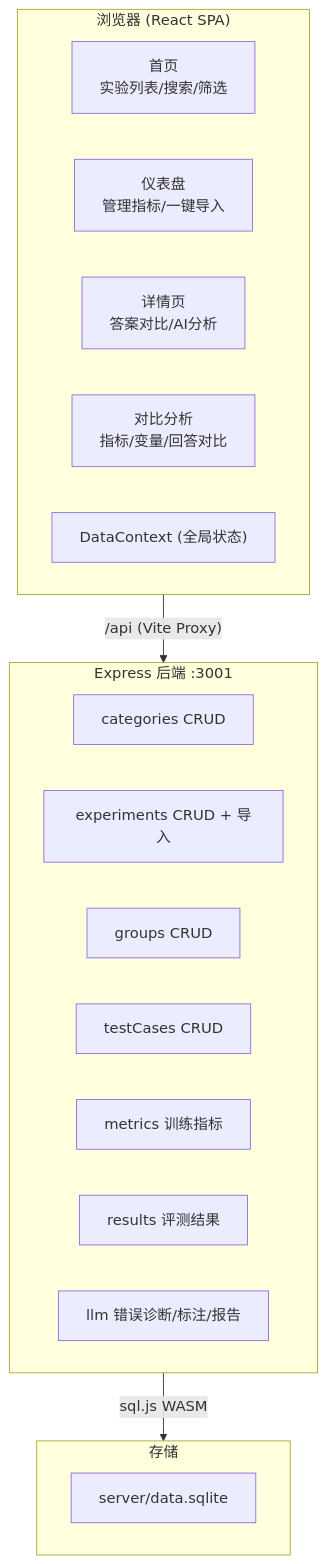
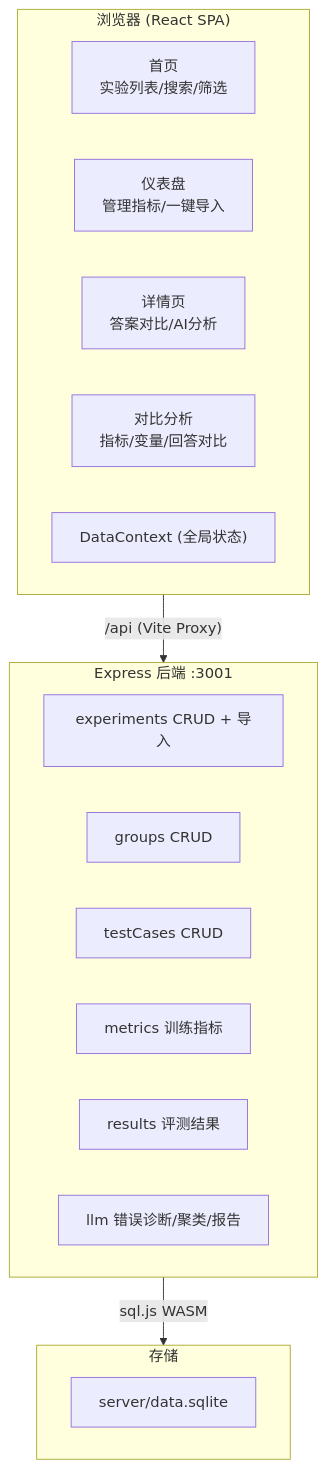
The first of 4 diagrams in DEVELOPMENT.md (Haoguozhichi/corpus_dashboard), drawn with Mermaid before and after one commit. The commit also changed other lines of this file and 23 other files, not shown here.

````diff
--- a/DEVELOPMENT.md
+++ b/DEVELOPMENT.md
@@ -41,27 +41,26 @@
 ```mermaid
 graph TB
     subgraph Browser["浏览器 (React SPA)"]
         Home["首页<br/>实验列表/搜索/筛选"]
         Dashboard["仪表盘<br/>管理指标/一键导入"]
         Detail["详情页<br/>答案对比/AI分析"]
         Compare["对比分析<br/>指标/变量/回答对比"]
         Context["DataContext (全局状态)"]
     end
     
     subgraph Backend["Express 后端 :3001"]
-        Cats["categories CRUD"]
         Exps["experiments CRUD + 导入"]
         Grps["groups CRUD"]
         Tests["testCases CRUD"]
         Metrics["metrics 训练指标"]
         Results["results 评测结果"]
-        LLM["llm 错误诊断/标注/报告"]
+        LLM["llm 错误诊断/聚类/报告"]
     end
     
     subgraph Storage["存储"]
         SQLite["server/data.sqlite"]
     end
     
     Browser -->|"/api (Vite Proxy)"| Backend
     Backend -->|"sql.js WASM"| Storage
 ```
````
